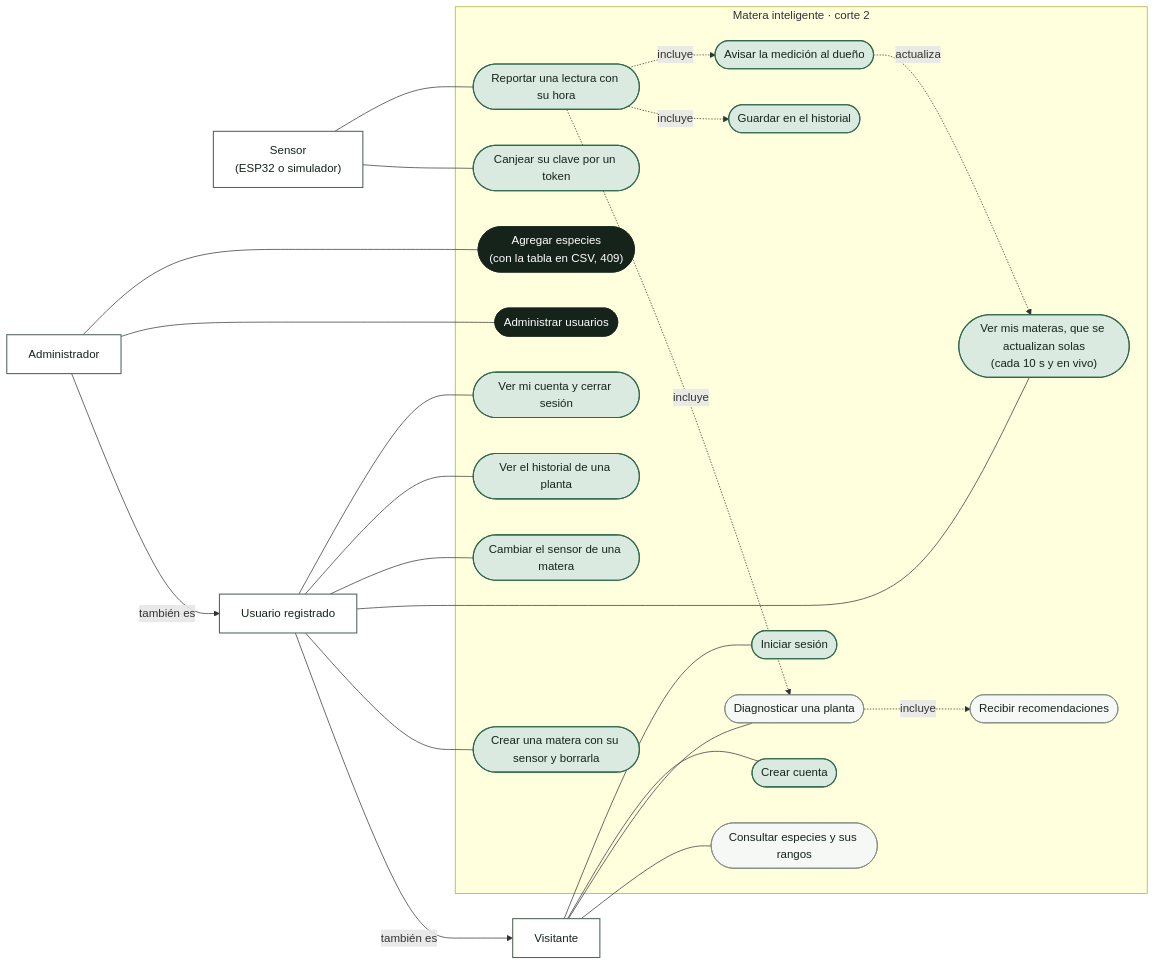
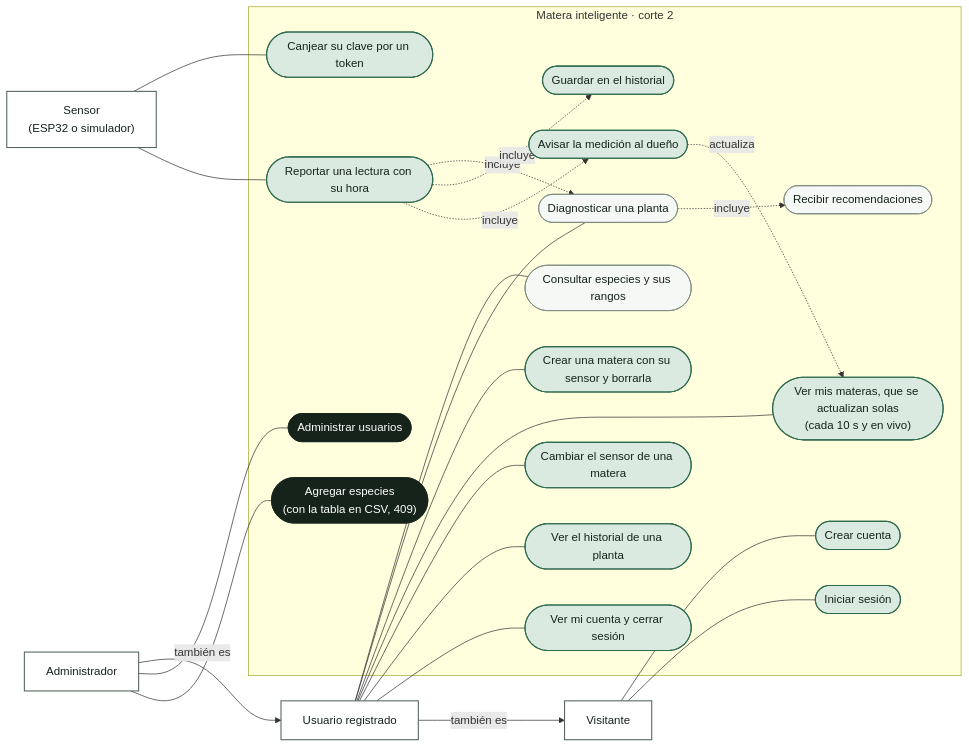
Before and after one commit to Pipelol0723/matera-inteligente: the diagram in docs/diagramas/casos-de-uso-corte2.mmd, drawn with Mermaid. The commit also changed 18 other files, not shown here.

First line of the commit message:
R7: todas las rutas del front exigen el JWT de usuario

```diff
--- a/docs/diagramas/casos-de-uso-corte2.mmd
+++ b/docs/diagramas/casos-de-uso-corte2.mmd
@@ -1,59 +1,61 @@
 %% Casos de uso del corte 2 (implementado): visitante, usuario registrado, administrador y sensor (la ESP32 o el simulador).
 %% Gris: casos del corte 1. Verde: casos nuevos. Oscuro: solo el administrador.
 %% Solo el sensor escribe lecturas: no hay medicion a mano. Desde la fase 2 (22 de octubre de 2026) primero canjea
 %% su clave por un token de alcance "lecturas" y con ese token reporta cada lectura con su hora.
 %% Las pantallas del usuario (materas e historial) se actualizan solas: vuelven a pedir sus datos cada 10 s y ademas reciben cada medicion por el WebSocket.
 %% Con la tabla de referencia en CSV (copia de solo lectura) el administrador no puede agregar especies: la API responde 409.
+%% Desde la fase 2 (R7) todas las rutas del front exigen el JWT de usuario: consultar especies y diagnosticar tambien piden sesion,
+%% y el visitante solo crea su cuenta e inicia sesion.
 %% Los casos del sensor se declaran primero para que sus flechas "incluye" no crucen otros casos.
 flowchart LR
     sensor["Sensor<br/>(ESP32 o simulador)"]
     visitante["Visitante"]
     usuario["Usuario registrado"]
     admin["Administrador"]
     subgraph SIS["Matera inteligente · corte 2"]
         uc16(["Canjear su clave por un token"])
         uc11(["Reportar una lectura con su hora"])
         uc12(["Guardar en el historial"])
         uc15(["Avisar la medición al dueño"])
         uc2(["Diagnosticar una planta"])
         uc3(["Recibir recomendaciones"])
         uc1(["Consultar especies y sus rangos"])
         uc4(["Crear cuenta"])
         uc5(["Iniciar sesión"])
         uc7(["Ver mis materas, que se actualizan solas<br/>(cada 10 s y en vivo)"])
         uc6(["Crear una matera con su sensor y borrarla"])
         uc8(["Cambiar el sensor de una matera"])
         uc9(["Ver el historial de una planta"])
         uc10(["Ver mi cuenta y cerrar sesión"])
         uc13(["Administrar usuarios"])
         uc14(["Agregar especies<br/>(con la tabla en CSV, 409)"])
     end
     sensor --- uc16
     sensor --- uc11
     uc11 -.->|incluye| uc2
     uc11 -.->|incluye| uc12
     uc11 -.->|incluye| uc15
     uc15 -.->|actualiza| uc7
     uc2 -.->|incluye| uc3
-    visitante --- uc1
-    visitante --- uc2
     visitante --- uc4
     visitante --- uc5
     usuario -->|también es| visitante
+    usuario --- uc1
+    usuario --- uc2
     usuario --- uc6
     usuario --- uc7
     usuario --- uc8
     usuario --- uc9
     usuario --- uc10
     admin -->|también es| usuario
     admin --- uc13
     admin --- uc14
 
     classDef actor fill:#ffffff,stroke:#56665b,stroke-width:1.5px,color:#16231b
     classDef caso fill:#f5f8f4,stroke:#7b887f,color:#16231b
     classDef nuevo fill:#dbeae0,stroke:#2e6a4e,stroke-width:1.5px,color:#16231b
     classDef soloAdmin fill:#16231b,stroke:#16231b,color:#ffffff
     class visitante,usuario,admin,sensor actor
     class uc1,uc2,uc3 caso
     class uc4,uc5,uc6,uc7,uc8,uc9,uc10,uc11,uc12,uc15,uc16 nuevo
     class uc13,uc14 soloAdmin
```
